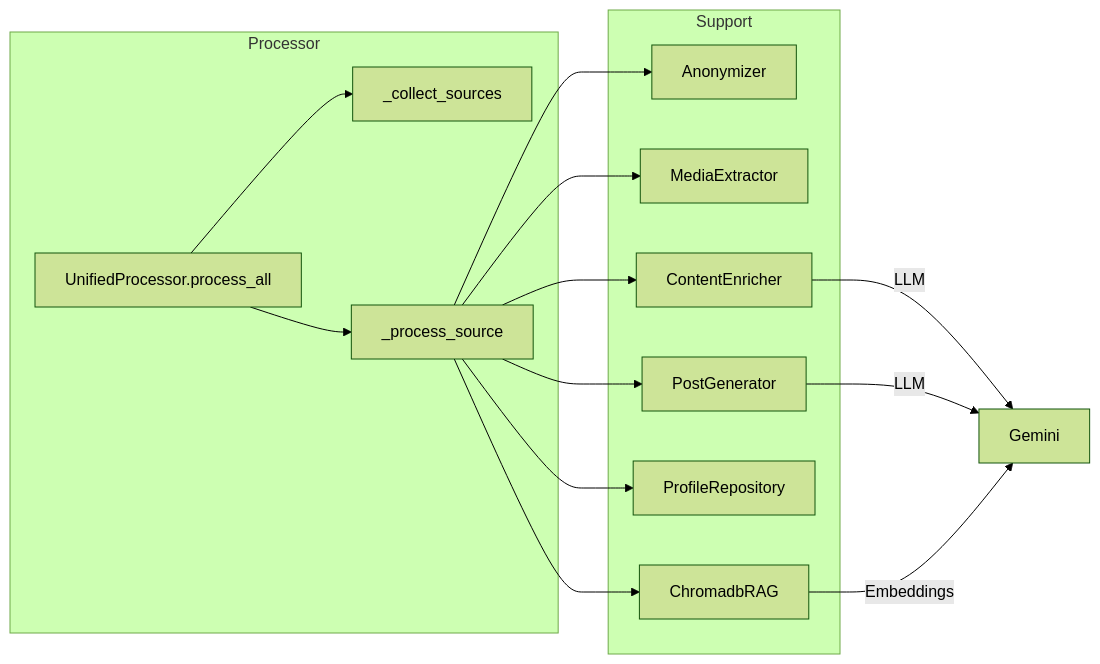
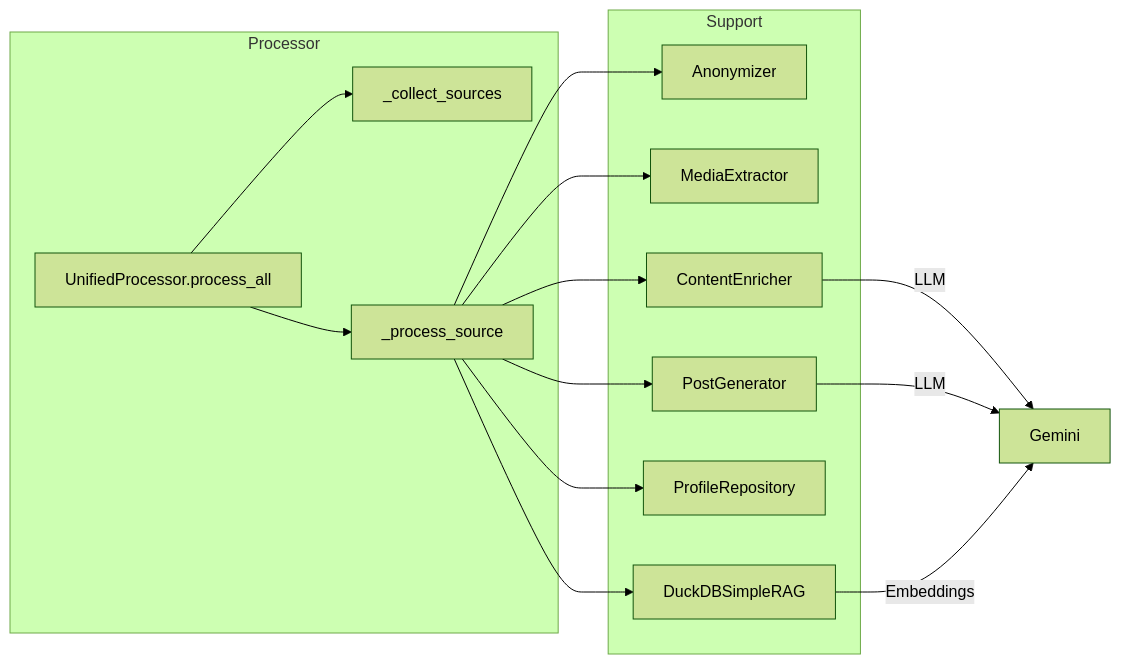
The second of 7 diagrams in docs/architecture.md (franklinbaldo/egregora), drawn with Mermaid (forest theme) before and after one commit. The commit also changed other lines of this file and 19 other files, not shown here.

Commit message:
Substituir RAG legado por pipeline DuckDB simplificado

````diff
--- a/docs/architecture.md
+++ b/docs/architecture.md
@@ -18,28 +18,28 @@
 ```mermaid
 flowchart LR
     subgraph Processor
         A[UnifiedProcessor.process_all]
         A --> B[_collect_sources]
         A --> C[_process_source]
     end
 
     subgraph Support
         D[Anonymizer]
         E[MediaExtractor]
         F[ContentEnricher]
-        G[ChromadbRAG]
+        G[DuckDBSimpleRAG]
         H[ProfileRepository]
         I[PostGenerator]
     end
 
     C --> D
     C --> E
     C --> F
     C --> G
     C --> H
     C --> I
 
     F -->|LLM| Gemini
     I -->|LLM| Gemini
     G -->|Embeddings| Gemini
 ```
````
